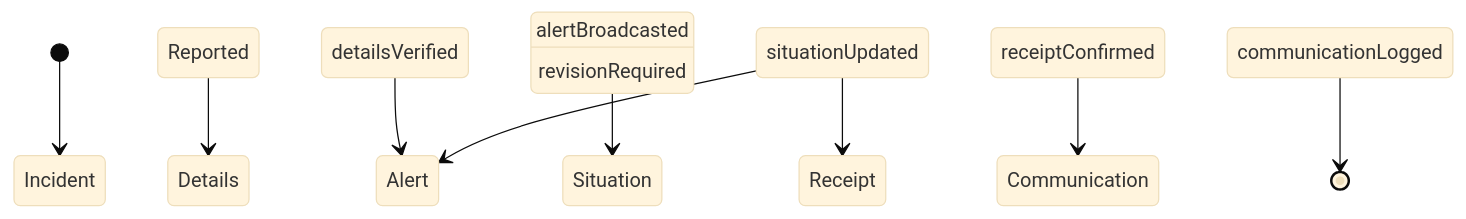
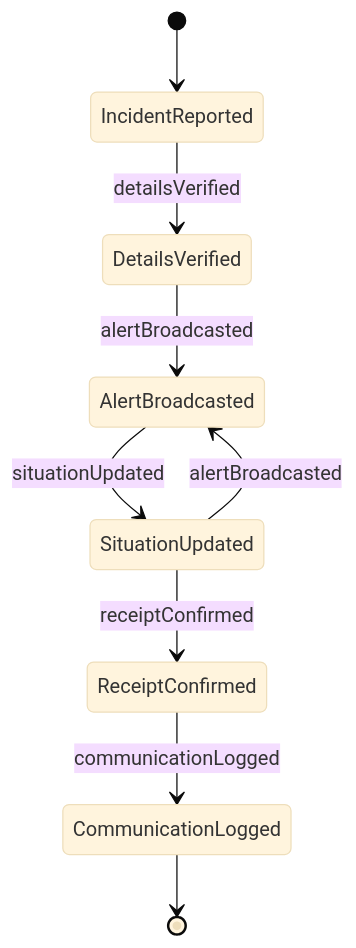
One commit to dot-org-ai/tasks.org.ai changed the second of 4 diagrams in CommunicatingWithSupervisorsPeersOrSubordinates/NotifyOthersOfEmergenciesOrProblems/RelayInformationAboutIncidentsEmergencies.mdx. Above: the diagram before and after it, drawn with Mermaid (base theme). The commit also changed other lines of this file and 515 other files, not shown here.

````diff
--- a/CommunicatingWithSupervisorsPeersOrSubordinates/NotifyOthersOfEmergenciesOrProblems/RelayInformationAboutIncidentsEmergencies.mdx
+++ b/CommunicatingWithSupervisorsPeersOrSubordinates/NotifyOthersOfEmergenciesOrProblems/RelayInformationAboutIncidentsEmergencies.mdx
@@ -96,11 +96,11 @@
 ```mermaid
 stateDiagram-v2
-    [*] --> Incident Reported
-    Incident Reported --> Details Verified : detailsVerified
-    Details Verified --> Alert Broadcasted : alertBroadcasted
-    Alert Broadcasted --> Situation Updated : situationUpdated
-    Situation Updated --> Receipt Confirmed : receiptConfirmed
-    Receipt Confirmed --> Communication Logged : communicationLogged
-    Situation Updated --> Alert Broadcasted : revisionRequired
-    Communication Logged --> [*]
+    [*] --> IncidentReported
+    IncidentReported --> DetailsVerified : detailsVerified
+    DetailsVerified --> AlertBroadcasted : alertBroadcasted
+    AlertBroadcasted --> SituationUpdated : situationUpdated
+    SituationUpdated --> ReceiptConfirmed : receiptConfirmed
+    ReceiptConfirmed --> CommunicationLogged : communicationLogged
+    SituationUpdated --> AlertBroadcasted : alertBroadcasted
+    CommunicationLogged --> [*]
 ```
````
